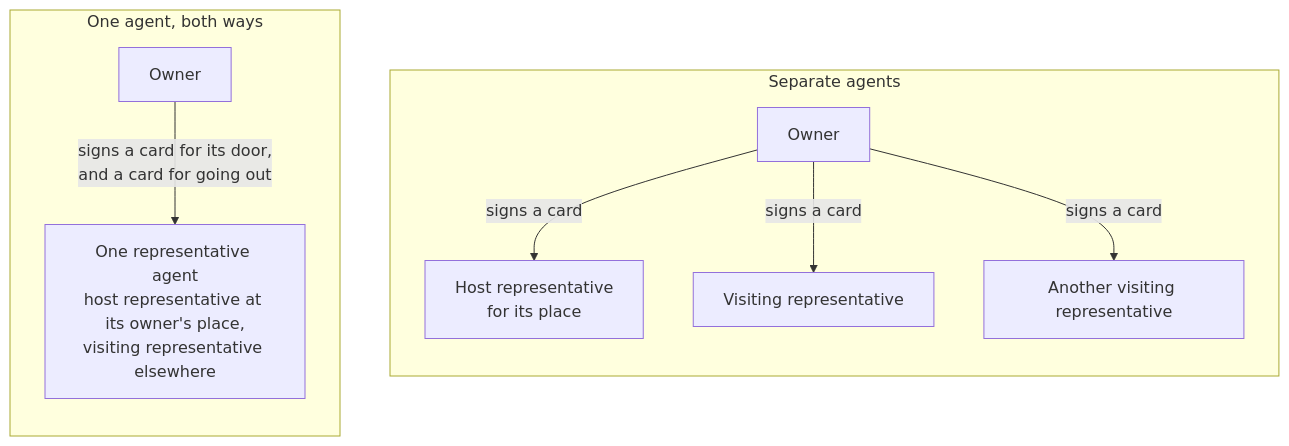
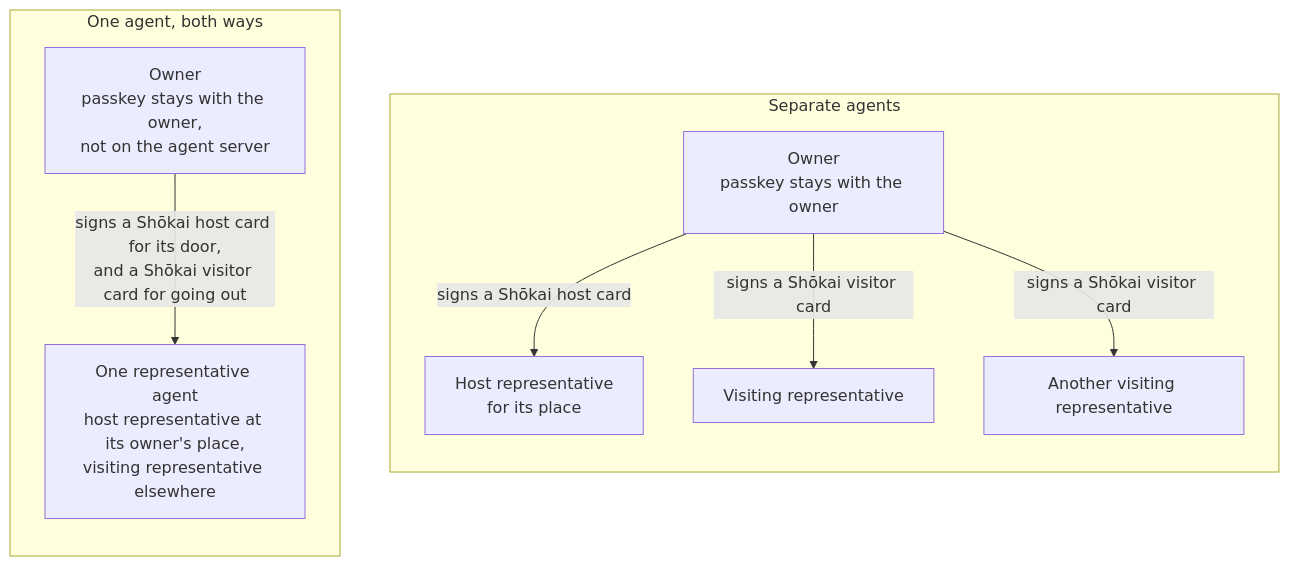
Before and after one commit to Kigenka/shokai: the fifth of 7 diagrams in README.md, drawn with Mermaid. The commit also changed other lines of this file and 368 other files, not shown here.

````diff
--- a/README.md
+++ b/README.md
@@ -228,14 +232,14 @@
 ```mermaid
 flowchart LR
   subgraph One["One agent, both ways"]
     direction TB
-    O1["Owner"] -- "signs a card for its door,<br/>and a card for going out" --> A1["One representative agent<br/>host representative at its owner's place,<br/>visiting representative elsewhere"]
+    O1["Owner<br/>passkey stays with the owner,<br/>not on the agent server"] -- "signs a Shōkai host card for its door,<br/>and a Shōkai visitor card for going out" --> A1["One representative agent<br/>host representative at its owner's place,<br/>visiting representative elsewhere"]
   end
   subgraph Sep["Separate agents"]
     direction TB
-    O2["Owner"] -- "signs a card" --> H2["Host representative<br/>for its place"]
-    O2 -- "signs a card" --> V2["Visiting representative"]
-    O2 -- "signs a card" --> V3["Another visiting representative"]
+    O2["Owner<br/>passkey stays with the owner"] -- "signs a Shōkai host card" --> H2["Host representative<br/>for its place"]
+    O2 -- "signs a Shōkai visitor card" --> V2["Visiting representative"]
+    O2 -- "signs a Shōkai visitor card" --> V3["Another visiting representative"]
   end
   One ~~~ Sep
 ```
````
